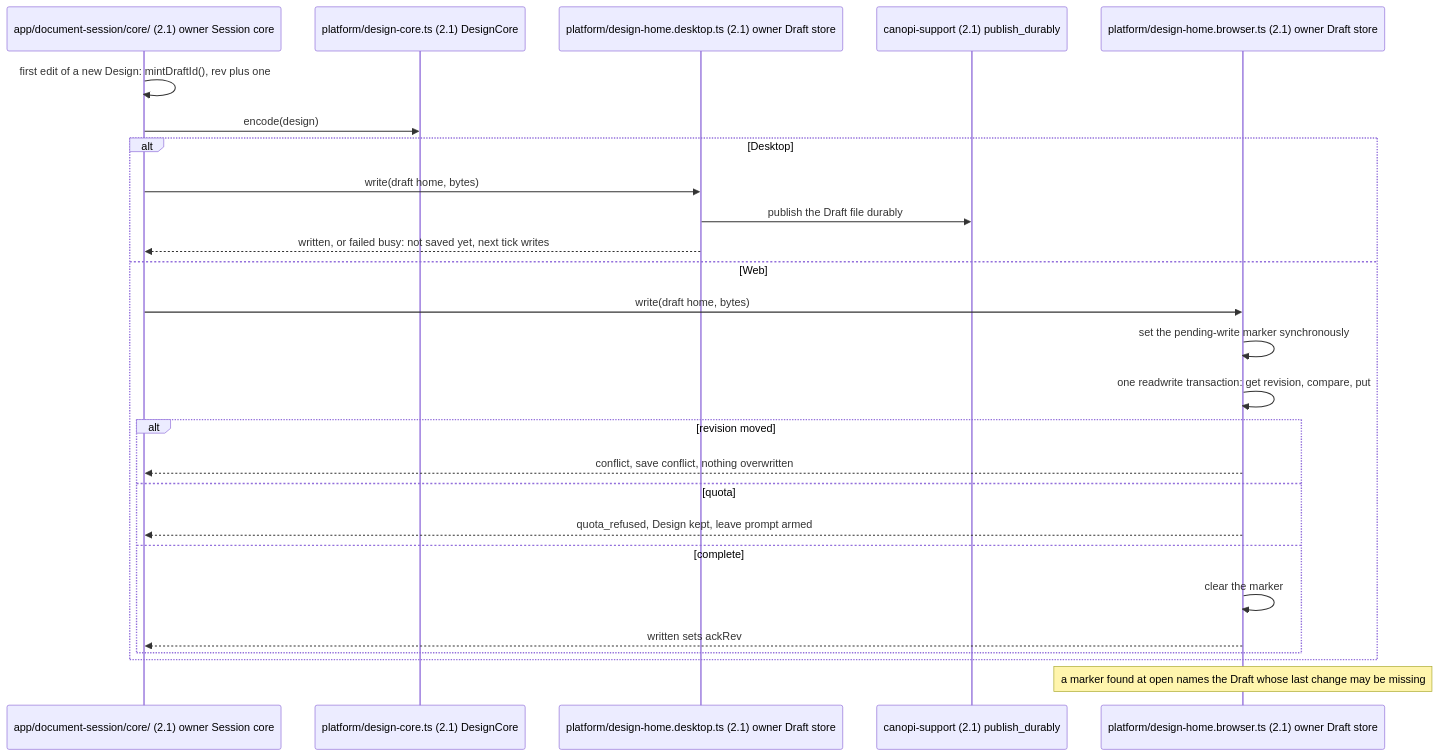
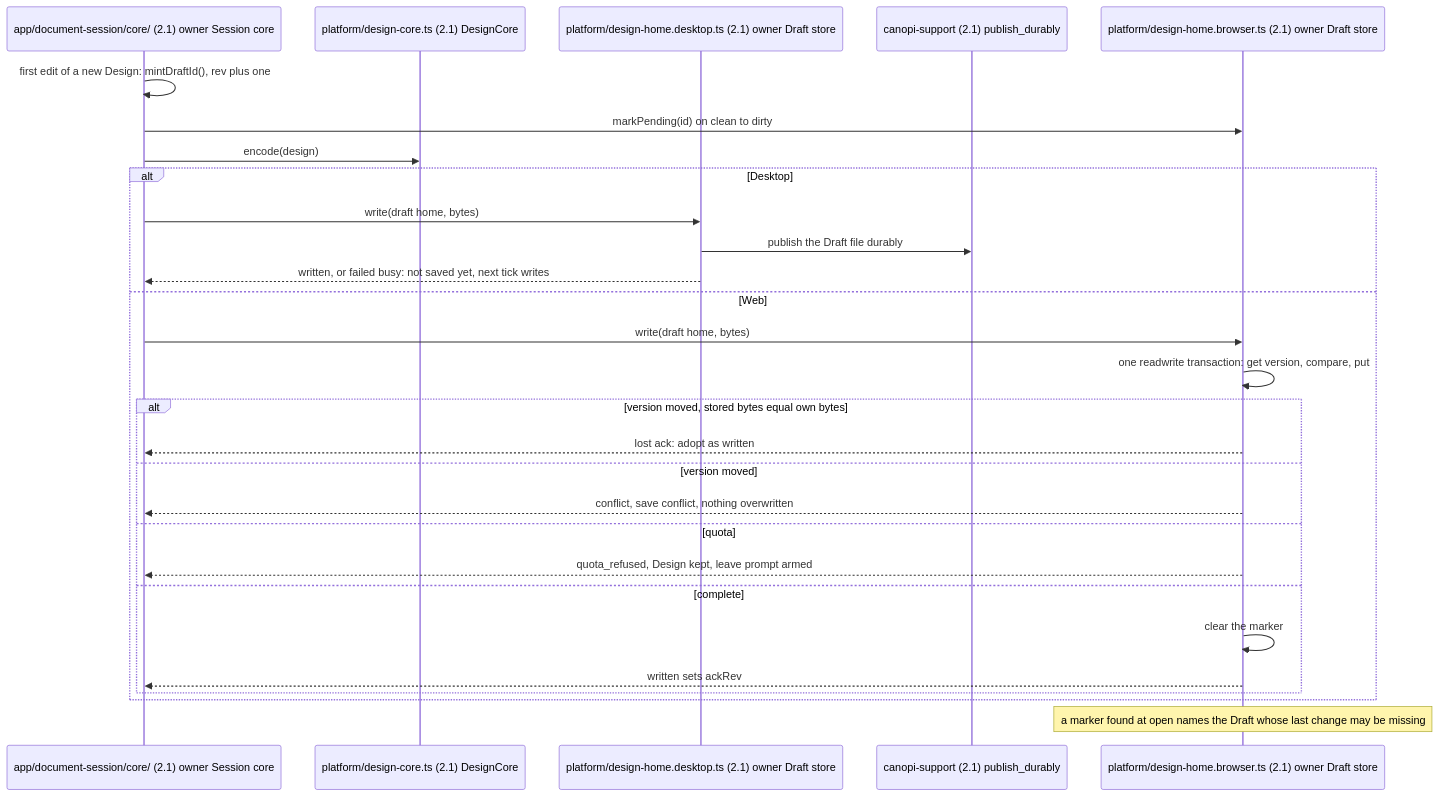
One commit to opencanopi/canopi changed the third of 6 diagrams in docs/architecture/flows-document.md. Above: the diagram before and after it, drawn with Mermaid. The commit also changed other lines of this file and 33 other files, not shown here.

Commit message:
docs: apply the architecture review's findings to ADRs, plan, contracts, ledger and model

````diff
--- a/docs/architecture/flows-document.md
+++ b/docs/architecture/flows-document.md
@@ -92,28 +97,30 @@
 ```mermaid
 sequenceDiagram
   participant Core as app/document-session/core/ (2.1) owner Session core
   participant Fmt as platform/design-core.ts (2.1) DesignCore
   participant DH as platform/design-home.desktop.ts (2.1) owner Draft store
   participant Dur as canopi-support (2.1) publish_durably
   participant WH as platform/design-home.browser.ts (2.1) owner Draft store
   Core->>Core: first edit of a new Design: mintDraftId(), rev plus one
+  Core->>WH: markPending(id) on clean to dirty
   Core->>Fmt: encode(design)
   alt Desktop
     Core->>DH: write(draft home, bytes)
     DH->>Dur: publish the Draft file durably
     DH-->>Core: written, or failed busy: not saved yet, next tick writes
   else Web
     Core->>WH: write(draft home, bytes)
-    WH->>WH: set the pending-write marker synchronously
-    WH->>WH: one readwrite transaction: get revision, compare, put
-    alt revision moved
+    WH->>WH: one readwrite transaction: get version, compare, put
+    alt version moved, stored bytes equal own bytes
+      WH-->>Core: lost ack: adopt as written
+    else version moved
       WH-->>Core: conflict, save conflict, nothing overwritten
     else quota
       WH-->>Core: quota_refused, Design kept, leave prompt armed
     else complete
       WH->>WH: clear the marker
       WH-->>Core: written sets ackRev
     end
   end
   Note over WH: a marker found at open names the Draft whose last change may be missing
 ```
````
